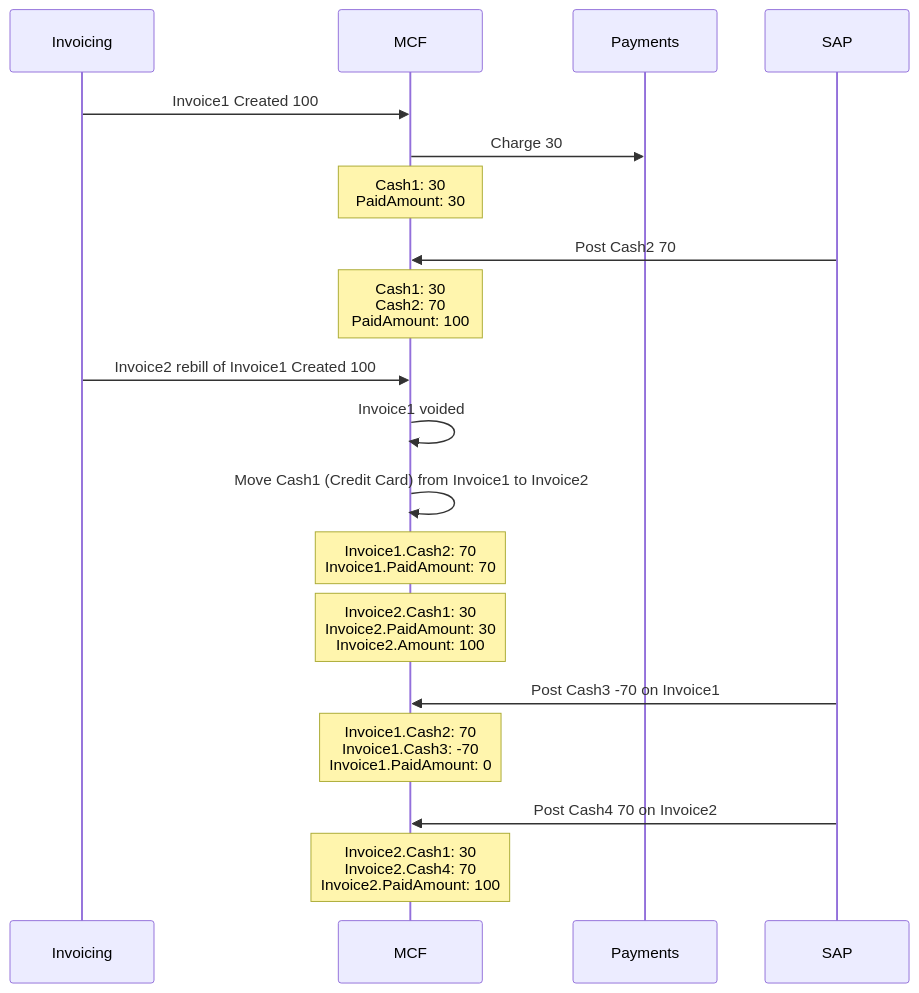
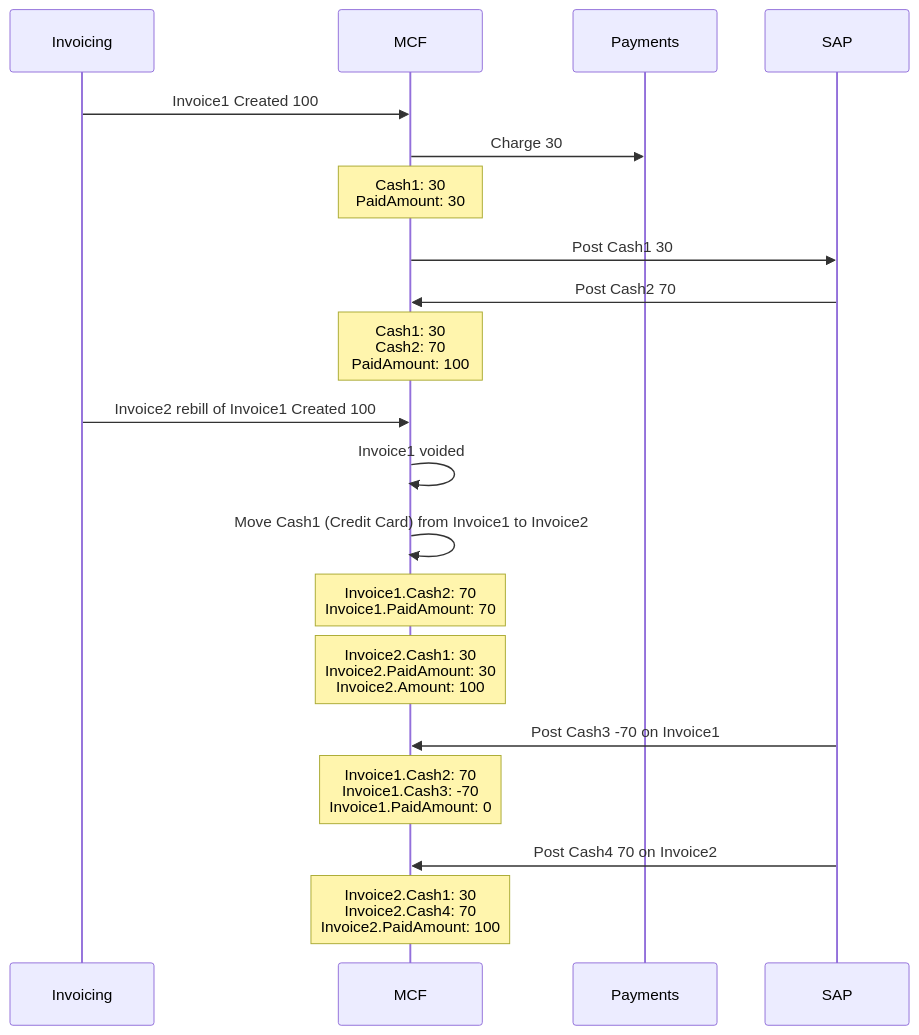
One commit to vikramsinha/test1 changed the tenth of 12 diagrams in MCF-SAP Scenarios.md. Above: the diagram before and after it, drawn with Mermaid.

Commit message:
Update MCF-SAP Scenarios.md

````diff
--- a/MCF-SAP Scenarios.md
+++ b/MCF-SAP Scenarios.md
@@ -186,22 +186,23 @@
 ```mermaid
 %%{init: {'theme': 'default'} }%%
 sequenceDiagram
     participant Invoicing
     participant MCF
     participant Payments
     participant SAP
     Invoicing->>MCF: Invoice1 Created 100
     MCF->>Payments: Charge 30
     Note over MCF: Cash1: 30<br/>PaidAmount: 30
+    MCF->>SAP: Post Cash1 30
     SAP->>MCF: Post Cash2 70
     Note over MCF: Cash1: 30<br/>Cash2: 70<br/>PaidAmount: 100
     Invoicing->>MCF: Invoice2 rebill of Invoice1 Created 100
     MCF->>MCF: Invoice1 voided
     MCF->>MCF: Move Cash1 (Credit Card) from Invoice1 to Invoice2
     Note over MCF: Invoice1.Cash2: 70<br/>Invoice1.PaidAmount: 70
     Note over MCF: Invoice2.Cash1: 30<br/>Invoice2.PaidAmount: 30<br/>Invoice2.Amount: 100
     SAP->>MCF: Post Cash3 -70 on Invoice1
     Note over MCF: Invoice1.Cash2: 70<br/>Invoice1.Cash3: -70<br/>Invoice1.PaidAmount: 0
     SAP->>MCF: Post Cash4 70 on Invoice2
     Note over MCF: Invoice2.Cash1: 30<br/>Invoice2.Cash4: 70<br/>Invoice2.PaidAmount: 100
 ```
````
